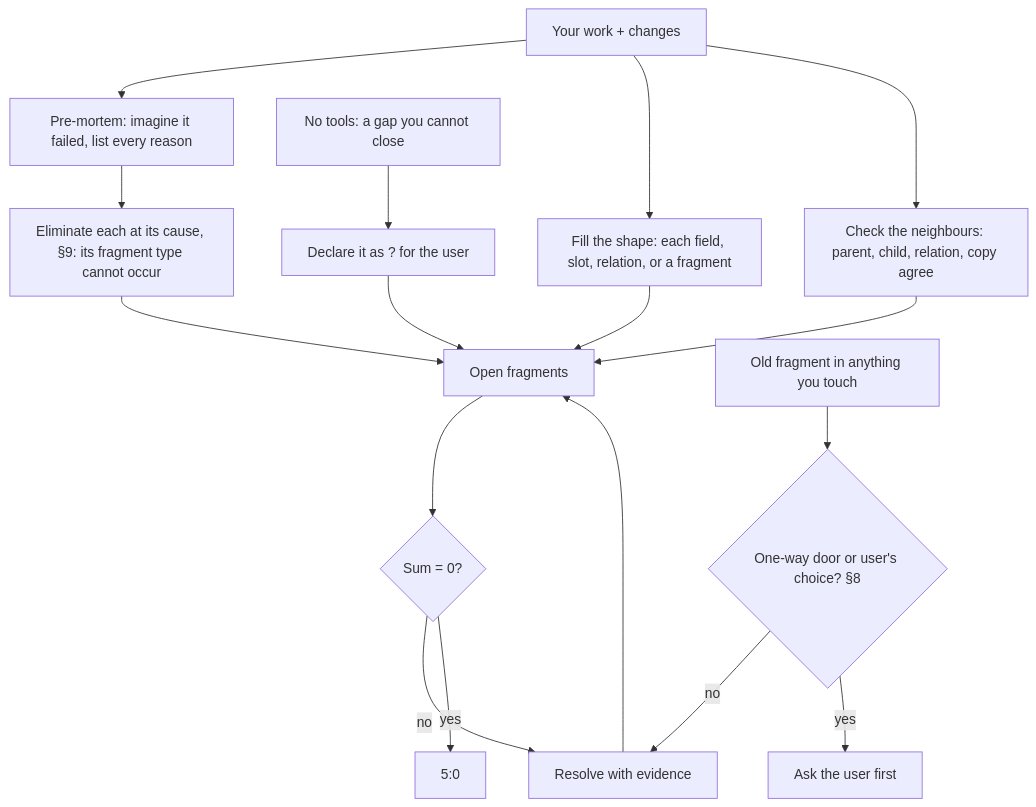
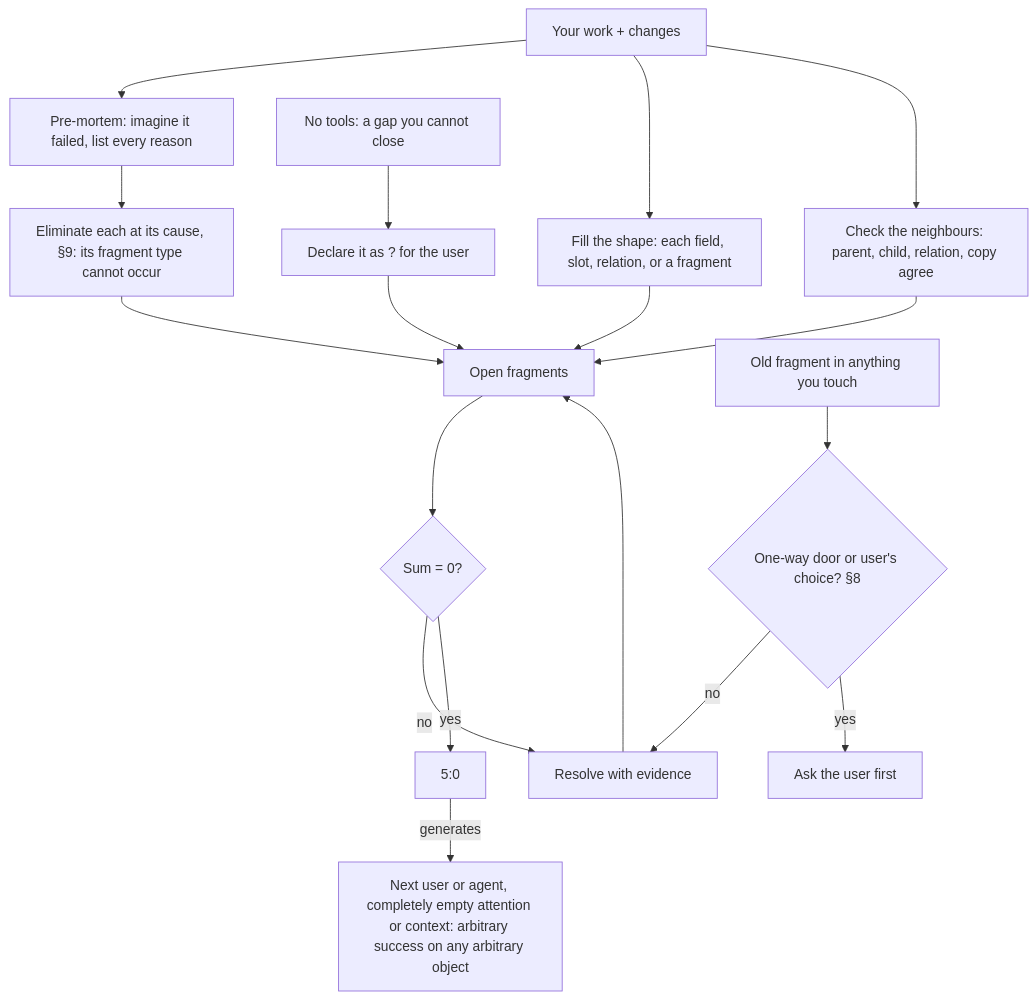
One commit to SolenixAI/arbiter changed the second of 14 diagrams in AGENTS.md. Above: the diagram before and after it, drawn with Mermaid. The commit also changed other lines of this file, not shown here.

````diff
--- a/AGENTS.md
+++ b/AGENTS.md
@@ -84,12 +86,12 @@
 ```mermaid
 flowchart TD
   W[Your work + changes] --> PM[Pre-mortem: imagine it failed, list every reason] --> P[Eliminate each at its cause, §9: its fragment type cannot occur] --> L[Open fragments] --> C{Sum = 0?}
   C -->|no| F[Resolve with evidence] --> L
   W --> SH[Fill the shape: each field, slot, relation, or a fragment] --> L
   W --> NB[Check the neighbours: parent, child, relation, copy agree] --> L
-  C -->|yes| D[5:0]
+  C -->|yes| D[5:0] -->|generates| NX["Next user or agent, completely empty attention or context: arbitrary success on any arbitrary object"]
   O[Old fragment in anything you touch] --> OW{One-way door or user's choice? §8}
   OW -->|no| F
   OW -->|yes| UA[Ask the user first]
   NT[No tools: a gap you cannot close] --> X["Declare it as ? for the user"] --> L
 ```
````
